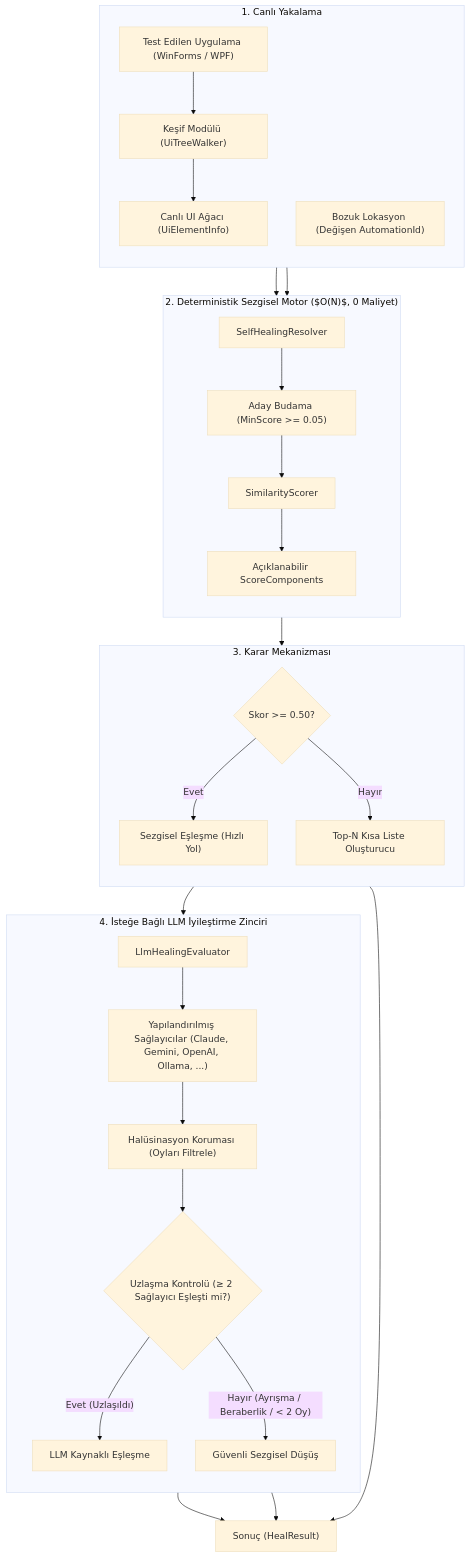
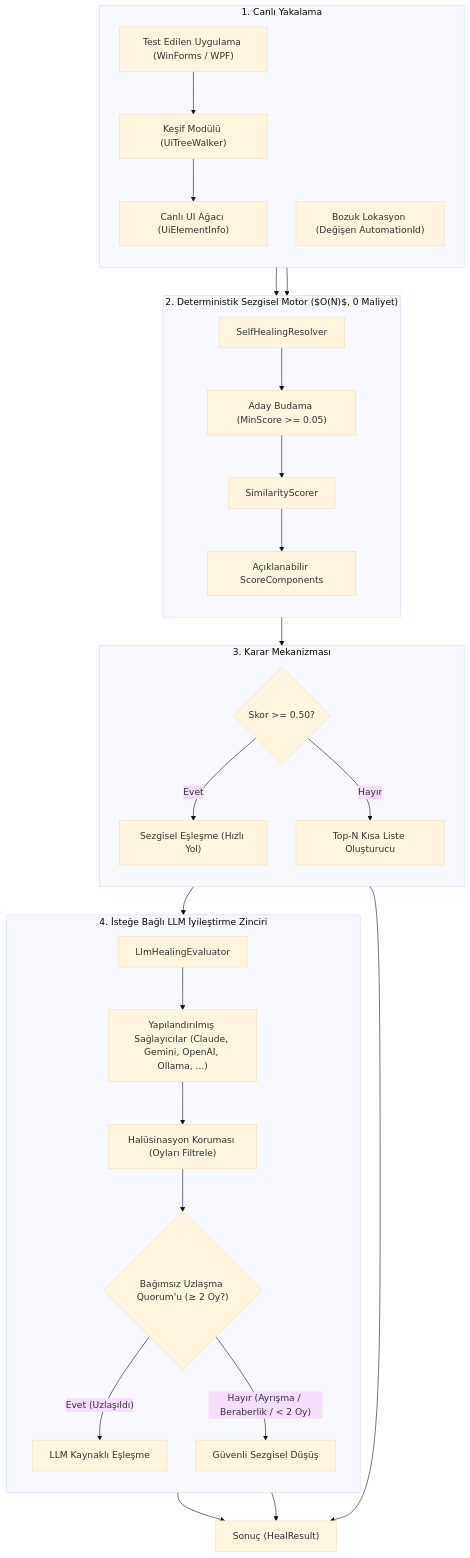
One commit to mustafasercansak/automation-sandbox changed the fifth of 6 diagrams in PROJECT_SHOWCASE.md. Above: the diagram before and after it, drawn with Mermaid (base theme). The commit also changed other lines of this file and 5 other files, not shown here.

````diff
--- a/PROJECT_SHOWCASE.md
+++ b/PROJECT_SHOWCASE.md
@@ -268,53 +270,53 @@
 ```mermaid
 flowchart TB
     subgraph INPUT ["1. Canlı Yakalama"]
         direction TB
         App["Test Edilen Uygulama (WinForms / WPF)"]
         Walker["Keşif Modülü (UiTreeWalker)"]
         Snapshot["Canlı UI Ağacı (UiElementInfo)"]
         BrokenLoc["Bozuk Lokasyon (Değişen AutomationId)"]
         App --> Walker --> Snapshot
     end
 
     subgraph HEURISTIC ["2. Deterministik Sezgisel Motor ($O(N)$, 0 Maliyet)"]
         direction TB
         Resolver["SelfHealingResolver"]
         Pruner["Aday Budama (MinScore >= 0.05)"]
         Scorer["SimilarityScorer"]
         Breakdown["Açıklanabilir ScoreComponents"]
         Snapshot --> Resolver
         BrokenLoc --> Resolver
         Resolver --> Pruner --> Scorer --> Breakdown
     end
 
     subgraph DECISION ["3. Karar Mekanizması"]
         direction TB
         CheckScore{"Skor >= 0.50?"}
         HeuristicMatch["Sezgisel Eşleşme (Hızlı Yol)"]
         Shortlist["Top-N Kısa Liste Oluşturucu"]
         Breakdown --> CheckScore
         CheckScore -->|Evet| HeuristicMatch
         CheckScore -->|Hayır| Shortlist
     end
 
     subgraph LLM_CHAIN ["4. İsteğe Bağlı LLM İyileştirme Zinciri"]
         direction TB
         Eval["LlmHealingEvaluator"]
         Providers["Yapılandırılmış Sağlayıcılar (Claude, Gemini, OpenAI, Ollama, ...)"]
         Guard["Halüsinasyon Koruması (Oyları Filtrele)"]
-        Consensus{"Uzlaşma Kontrolü (≥ 2 Sağlayıcı Eşleşti mi?)"}
+        Consensus{"Bağımsız Uzlaşma Quorum'u (≥ 2 Oy?)"}
         LlmMatch["LLM Kaynaklı Eşleşme"]
         Fallback["Güvenli Sezgisel Düşüş"]
 
         Shortlist --> Eval
         Eval --> Providers
         Providers --> Guard
         Guard --> Consensus
         Consensus -->|"Evet (Uzlaşıldı)"| LlmMatch
         Consensus -->|"Hayır (Ayrışma / Beraberlik / < 2 Oy)"| Fallback
     end
 
     HeuristicMatch --> Output["Sonuç (HealResult)"]
     LlmMatch --> Output
     Fallback --> Output
 ```
````
